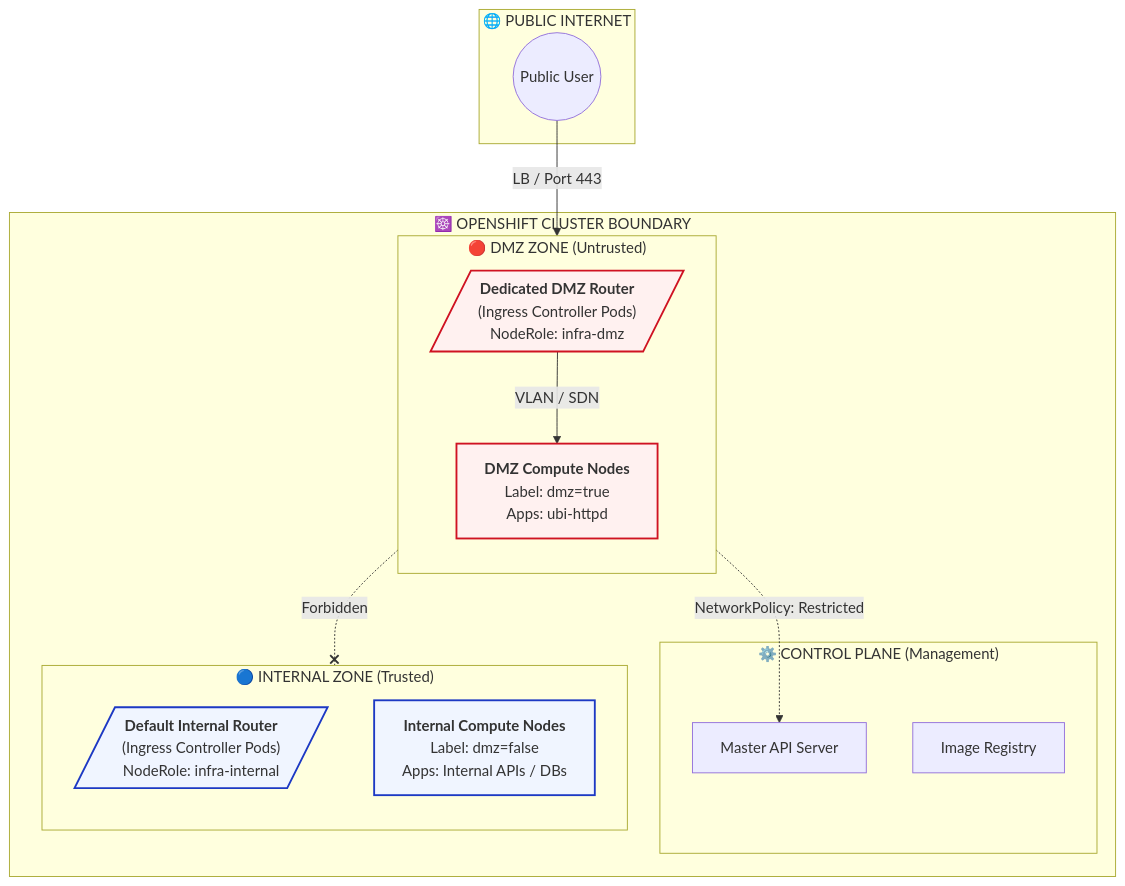
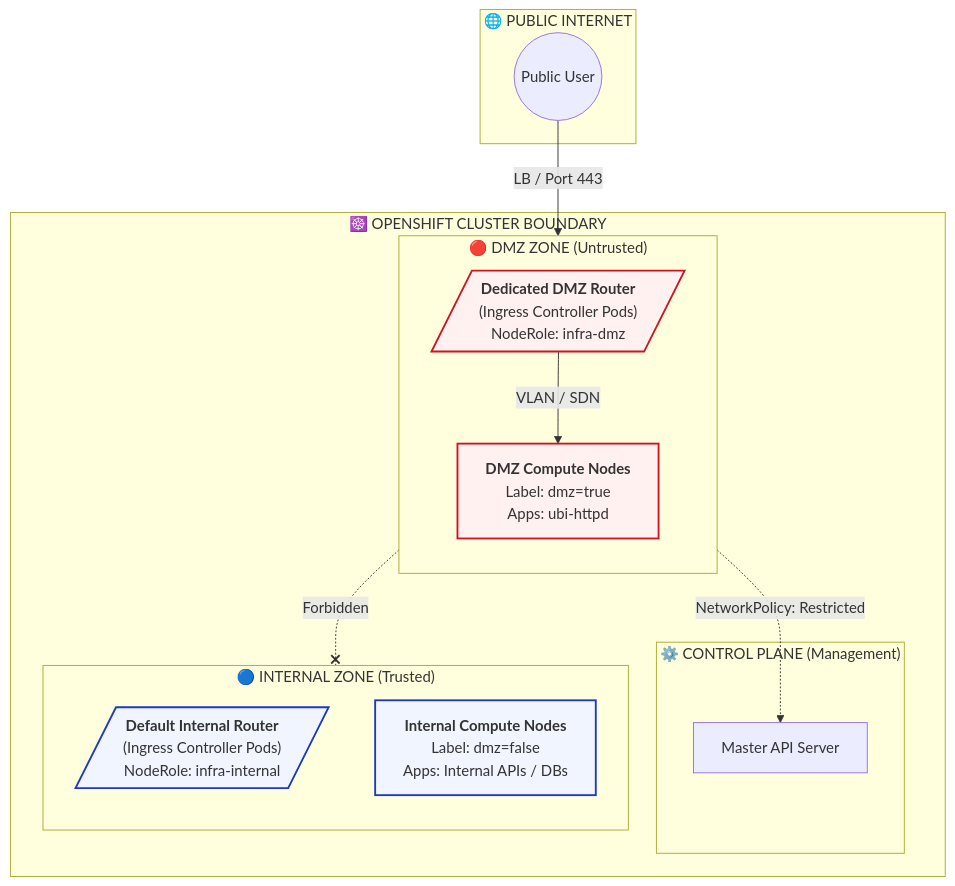
The diagram in use_cases/networking/zones/README.md (ralvares/security-demos), drawn with Mermaid before and after one commit. The commit also changed other lines of this file, not shown here.

Commit message:
docs: Remove Image Registry from Control Plane diagram and "Best Flow" section for clarity

````diff
--- a/use_cases/networking/zones/README.md
+++ b/use_cases/networking/zones/README.md
@@ -83,40 +83,39 @@
 ```mermaid
 graph TD
     subgraph Internet["🌐 PUBLIC INTERNET"]
         ExternalUser((Public User))
     end
 
     subgraph Cluster["☸️ OPENSHIFT CLUSTER BOUNDARY"]
         
         subgraph DMZ_Zone["🔴 DMZ ZONE (Untrusted)"]
             direction TB
             Ext_Ingress[/"<b>Dedicated DMZ Router</b><br/>(Ingress Controller Pods)<br/>NodeRole: infra-dmz"/]
             DMZ_Worker["<b>DMZ Compute Nodes</b><br/>Label: dmz=true<br/>Apps: ubi-httpd"]
         end
 
         subgraph Management_Plane["⚙️ CONTROL PLANE (Management)"]
             MasterAPI["Master API Server"]
-            Registry["Image Registry"]
         end
 
         subgraph Internal_Zone["🔵 INTERNAL ZONE (Trusted)"]
             direction TB
             Int_Ingress[/"<b>Default Internal Router</b><br/>(Ingress Controller Pods)<br/>NodeRole: infra-internal"/]
             Int_Worker["<b>Internal Compute Nodes</b><br/>Label: dmz=false<br/>Apps: Internal APIs / DBs"]
         end
     end
 
     %% Traffic Flow
     ExternalUser -->|LB / Port 443| Ext_Ingress
     Ext_Ingress -->|VLAN / SDN| DMZ_Worker
     
     %% Communication Barriers
     DMZ_Worker -.-x|Forbidden| Internal_Zone
     DMZ_Worker -.->|NetworkPolicy: Restricted| MasterAPI
     
     %% Logic
     classDef dmzNode fill:#fff1f0,stroke:#cf1322,stroke-width:2px;
     classDef intNode fill:#f0f5ff,stroke:#1d39c4,stroke-width:2px;
     class DMZ_Worker,Ext_Ingress dmzNode;
     class Int_Worker,Int_Ingress intNode;
 ```
````
